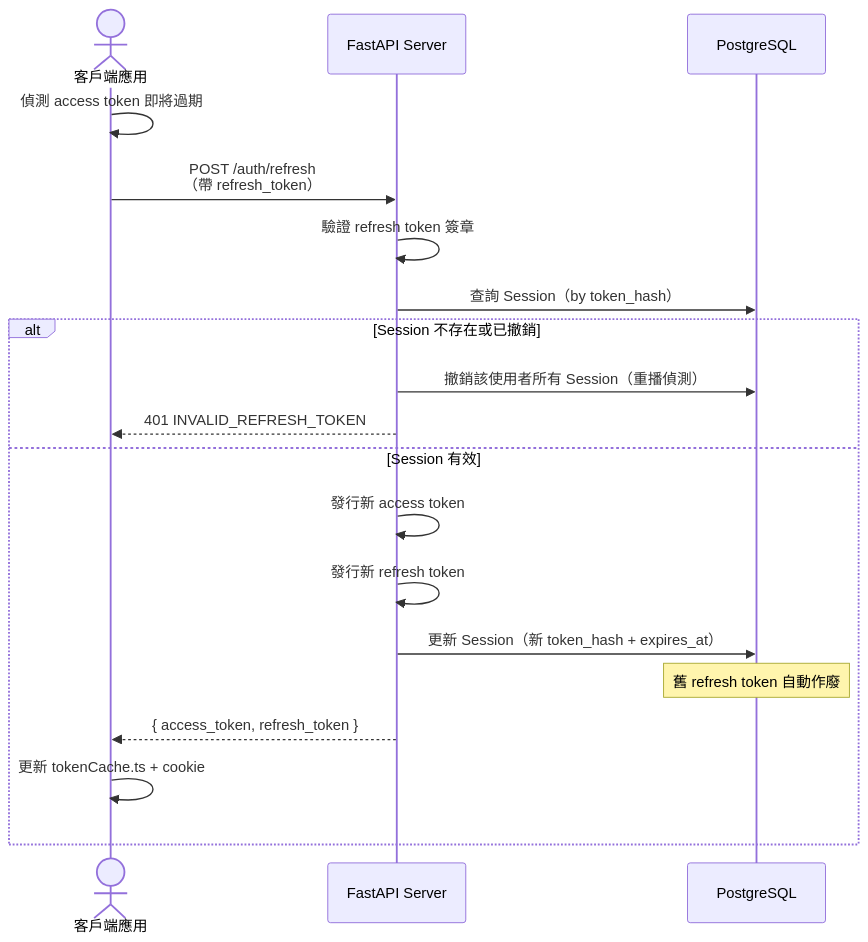
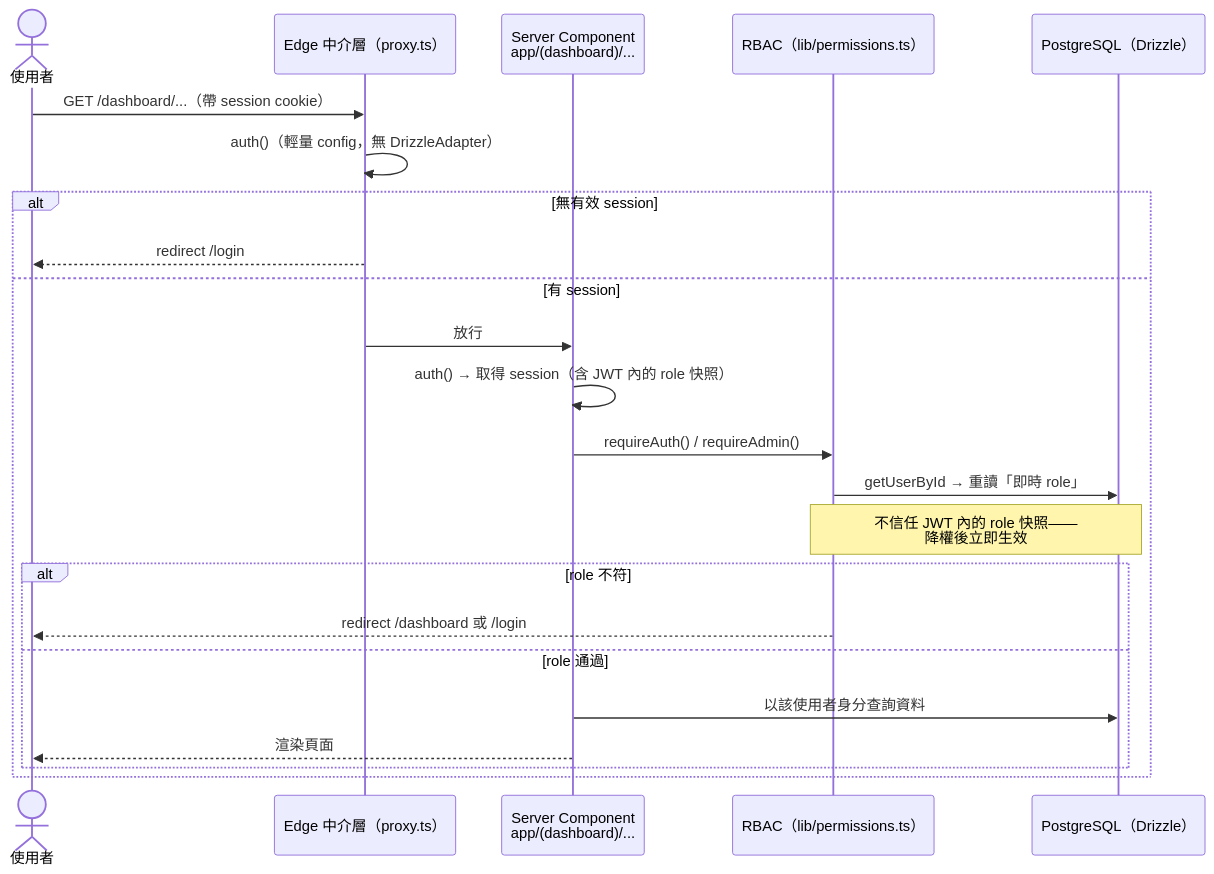
Before and after one commit to cloud-f1/shutien-p2-lab3-nexjs-template: the second of 3 diagrams in docs/diagrams/auth-flow.md, drawn with Mermaid. The commit also changed other lines of this file and 71 other files, not shown here.

````diff
--- a/docs/diagrams/auth-flow.md
+++ b/docs/diagrams/auth-flow.md
@@ -34,23 +32,26 @@
 ```mermaid
 sequenceDiagram
-    actor Client as 客戶端應用
-    participant Server as FastAPI Server
-    participant DB as PostgreSQL
+    actor 使用者
+    participant Edge as Edge 中介層（proxy.ts）
+    participant RSC as Server Component<br/>app/(dashboard)/...
+    participant Perm as RBAC（lib/permissions.ts）
+    participant DB as PostgreSQL（Drizzle）
 
-    Client->>Client: 偵測 access token 即將過期
-    Client->>Server: POST /auth/refresh<br/>（帶 refresh_token）
-    Server->>Server: 驗證 refresh token 簽章
-    Server->>DB: 查詢 Session（by token_hash）
-
-    alt Session 不存在或已撤銷
-        Server->>DB: 撤銷該使用者所有 Session（重播偵測）
-        Server-->>Client: 401 INVALID_REFRESH_TOKEN
-    else Session 有效
-        Server->>Server: 發行新 access token
-        Server->>Server: 發行新 refresh token
-        Server->>DB: 更新 Session（新 token_hash + expires_at）
-        Note over DB: 舊 refresh token 自動作廢
-        Server-->>Client: { access_token, refresh_token }
-        Client->>Client: 更新 tokenCache.ts + cookie
+    使用者->>Edge: GET /dashboard/...（帶 session cookie）
+    Edge->>Edge: auth()（輕量 config，無 DrizzleAdapter）
+    alt 無有效 session
+        Edge-->>使用者: redirect /login
+    else 有 session
+        Edge->>RSC: 放行
+        RSC->>RSC: auth() → 取得 session（含 JWT 內的 role 快照）
+        RSC->>Perm: requireAuth() / requireAdmin()
+        Perm->>DB: getUserById → 重讀「即時 role」
+        Note over Perm,DB: 不信任 JWT 內的 role 快照——<br/>降權後立即生效
+        alt role 不符
+            Perm-->>使用者: redirect /dashboard 或 /login
+        else role 通過
+            RSC->>DB: 以該使用者身分查詢資料
+            RSC-->>使用者: 渲染頁面
+        end
     end
 ```
````
